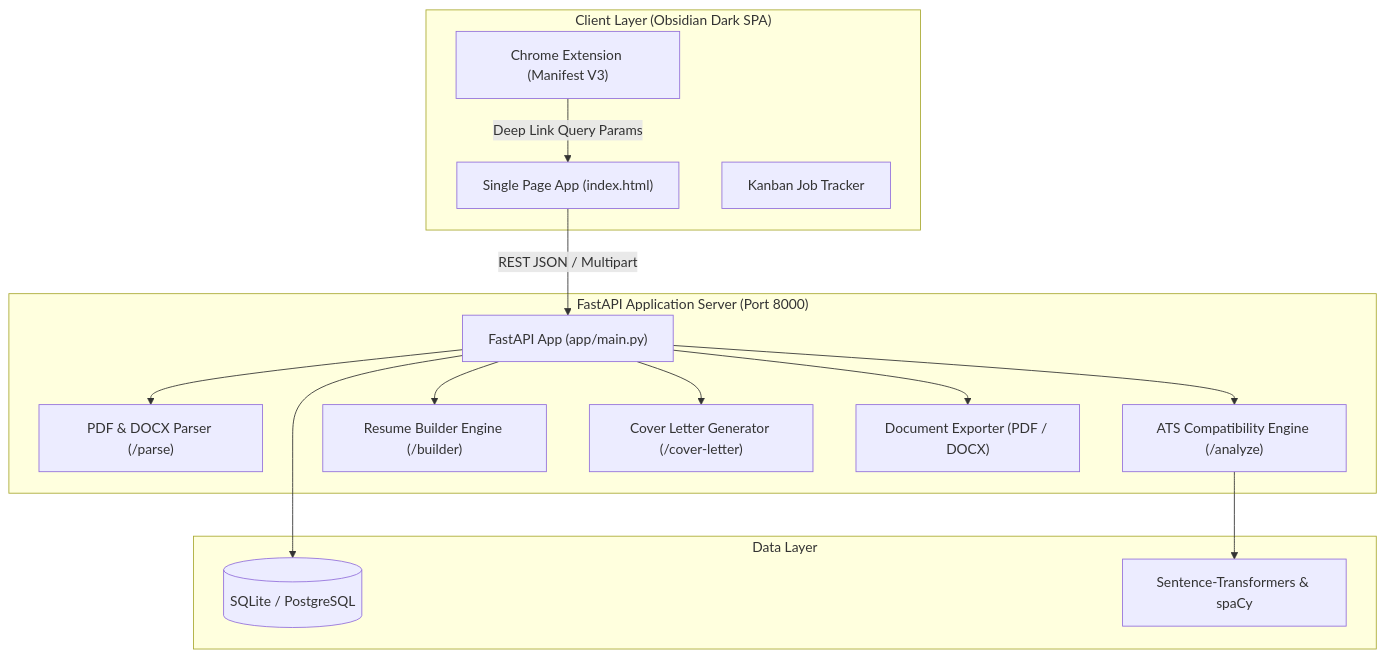
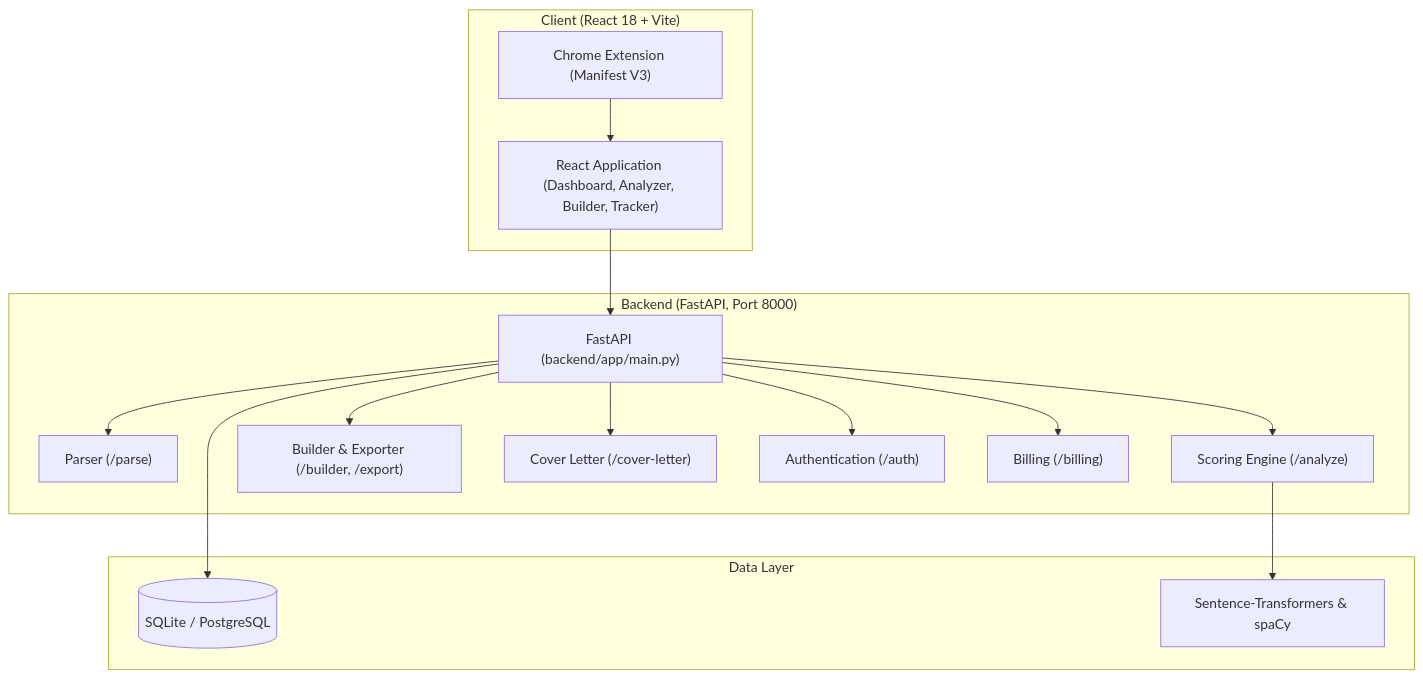
One commit to yash6810/Resume-GPT changed the diagram in README.md. Above: the diagram before and after it, drawn with Mermaid. The commit also changed other lines of this file and 1 other file, not shown here.

````diff
--- a/README.md
+++ b/README.md
@@ -69,32 +29,33 @@
 ```mermaid
 graph TD
-    subgraph Browser ["Client Layer (Obsidian Dark SPA)"]
-        UI["Single Page App (index.html)"]
+    subgraph Client ["Client (React 18 + Vite)"]
+        UI["React Application (Dashboard, Analyzer, Builder, Tracker)"]
         EXT["Chrome Extension (Manifest V3)"]
-        KB["Kanban Job Tracker"]
     end
 
-    subgraph Backend ["FastAPI Application Server (Port 8000)"]
-        API["FastAPI App (app/main.py)"]
-        PARSE["PDF & DOCX Parser (/parse)"]
-        SCORING["ATS Compatibility Engine (/analyze)"]
-        BUILDER["Resume Builder Engine (/builder)"]
-        CL["Cover Letter Generator (/cover-letter)"]
-        EXP["Document Exporter (PDF / DOCX)"]
+    subgraph Backend ["Backend (FastAPI, Port 8000)"]
+        API["FastAPI (backend/app/main.py)"]
+        PARSE["Parser (/parse)"]
+        SCORING["Scoring Engine (/analyze)"]
+        BUILDER["Builder & Exporter (/builder, /export)"]
+        CL["Cover Letter (/cover-letter)"]
+        AUTH["Authentication (/auth)"]
+        BILL["Billing (/billing)"]
     end
 
     subgraph Storage ["Data Layer"]
         DB[(SQLite / PostgreSQL)]
         EMB["Sentence-Transformers & spaCy"]
     end
 
-    EXT -->|Deep Link Query Params| UI
-    UI -->|REST JSON / Multipart| API
+    EXT --> UI
+    UI --> API
     API --> PARSE
     API --> SCORING
     API --> BUILDER
     API --> CL
-    API --> EXP
+    API --> AUTH
+    API --> BILL
     API --> DB
     SCORING --> EMB
 ```
````
